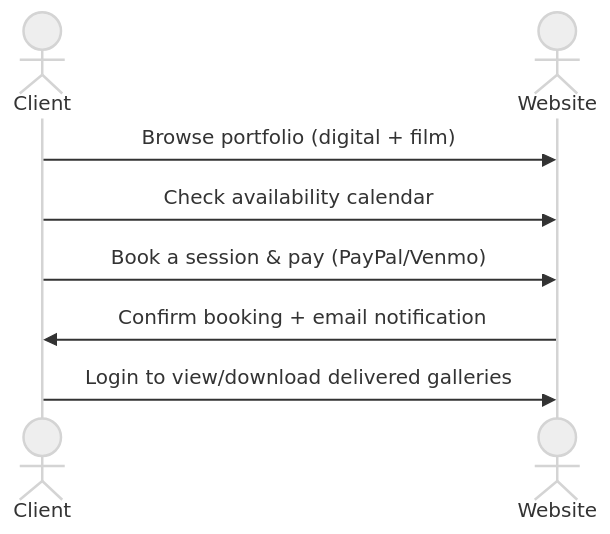
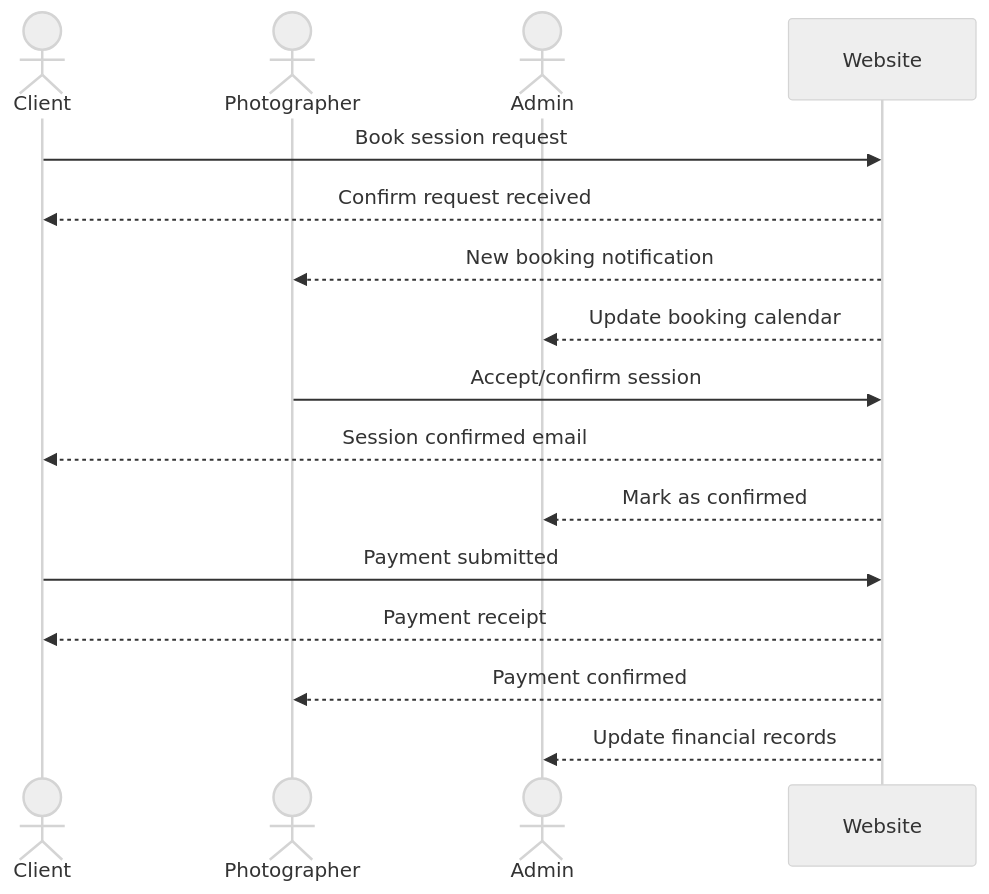
Before and after one commit to Colbyparise/startup: the diagram in README.md, drawn with Mermaid (neutral theme). The commit also changed other lines of this file, not shown here.

````diff
--- a/README.md
+++ b/README.md
@@ -25,11 +22,20 @@
 ```mermaid
 sequenceDiagram
     actor Client
-    actor Website
-    Client->>Website: Browse portfolio (digital + film)
-    Client->>Website: Check availability calendar
-    Client->>Website: Book a session & pay (PayPal/Venmo)
-    Website->>Client: Confirm booking + email notification
-    Client->>Website: Login to view/download delivered galleries
+    actor Photographer
+    actor Admin
+    participant Website
+
+    Client->>Website: Book session request
+    Website-->>Client: Confirm request received
+    Website-->>Photographer: New booking notification
+    Website-->>Admin: Update booking calendar
+    Photographer->>Website: Accept/confirm session
+    Website-->>Client: Session confirmed email
+    Website-->>Admin: Mark as confirmed
+    Client->>Website: Payment submitted
+    Website-->>Client: Payment receipt
+    Website-->>Photographer: Payment confirmed
+    Website-->>Admin: Update financial records
 
 ```
````
